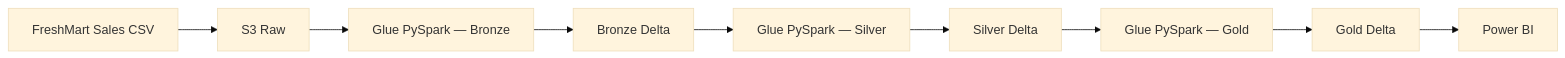
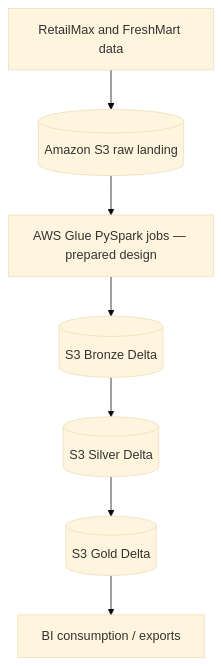
One commit to pardhasai5423-cloud/retail-lakehouse-platform changed the second of 2 diagrams in README.md. Above: the diagram before and after it, drawn with Mermaid (base theme). The commit also changed other lines of this file and 2 other files, not shown here.

````diff
--- a/README.md
+++ b/README.md
@@ -247,11 +81,9 @@
 ```mermaid
-flowchart LR
-    A["FreshMart Sales CSV"] --> B["S3 Raw"]
-    B --> C["Glue PySpark — Bronze"]
-    C --> D["Bronze Delta"]
-    D --> E["Glue PySpark — Silver"]
-    E --> F["Silver Delta"]
-    F --> G["Glue PySpark — Gold"]
-    G --> H["Gold Delta"]
-    H --> I["Power BI"]
+flowchart TD
+    A[RetailMax and FreshMart data] --> RAW[(Amazon S3 raw landing)]
+    RAW --> GLUE[AWS Glue PySpark jobs — prepared design]
+    GLUE --> BR[(S3 Bronze Delta)]
+    BR --> SI[(S3 Silver Delta)]
+    SI --> GO[(S3 Gold Delta)]
+    GO --> REPORT[BI consumption / exports]
 ```
````
